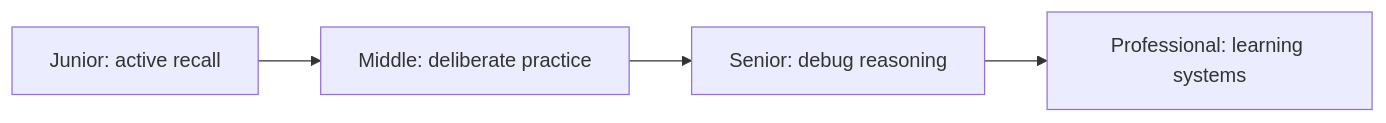
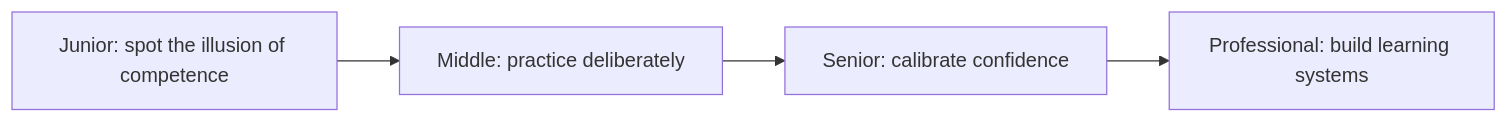
One commit to flynn3103/engineer-knowledge changed the first of 2 diagrams in craftsmanship/engineering-thinking/10-metacognition-and-learning/README.md. Above: the diagram before and after it, drawn with Mermaid. The commit also changed other lines of this file and 41 other files, not shown here.

````diff
--- a/craftsmanship/engineering-thinking/10-metacognition-and-learning/README.md
+++ b/craftsmanship/engineering-thinking/10-metacognition-and-learning/README.md
@@ -5,6 +5,6 @@
 ```mermaid
 flowchart LR
-    J[Junior: active recall] --> M[Middle: deliberate practice]
-    M --> S[Senior: debug reasoning]
-    S --> P[Professional: learning systems]
+    J[Junior: spot the illusion of competence] --> M[Middle: practice deliberately]
+    M --> S[Senior: calibrate confidence]
+    S --> P[Professional: build learning systems]
 ```
````
